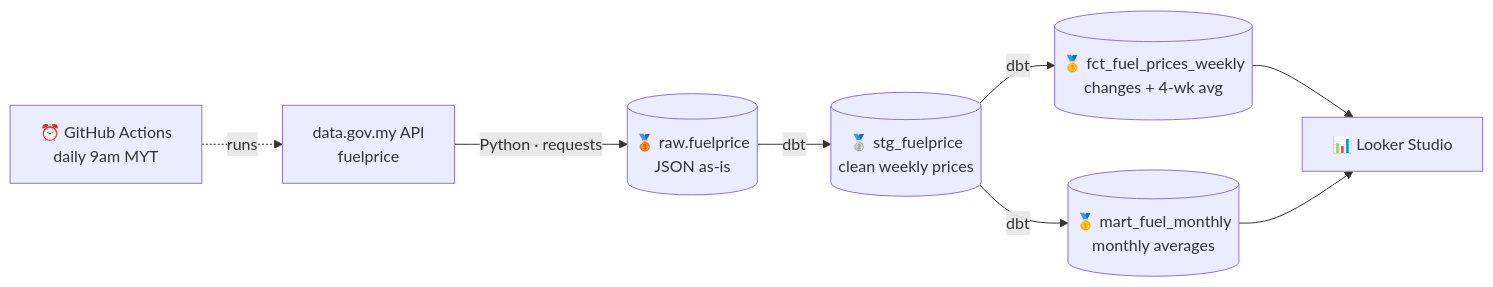
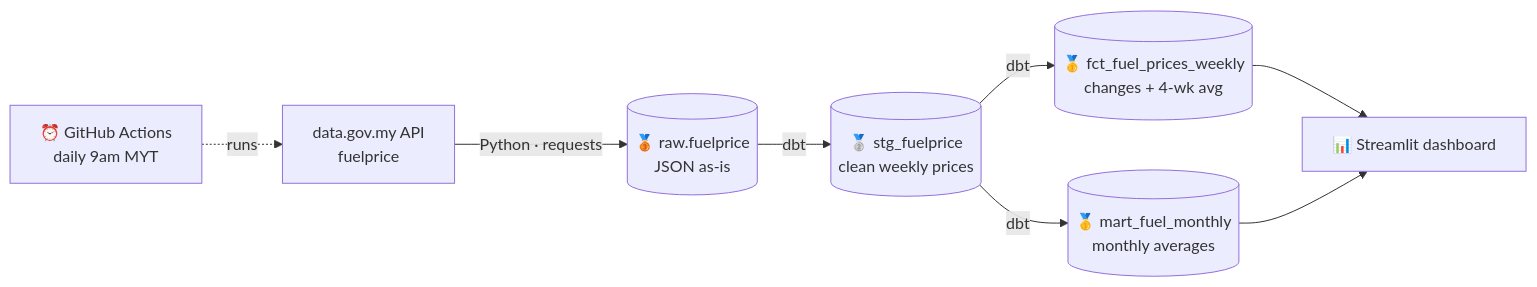
The diagram in README.md (bellaazharr/Malaysia-Open-Data-Pipeline), drawn with Mermaid before and after one commit. The commit also changed other lines of this file, not shown here.

````diff
--- a/README.md
+++ b/README.md
@@ -21,10 +23,10 @@
 ```mermaid
 flowchart LR
     A["data.gov.my API<br/>fuelprice"] -->|Python · requests| B[("🥉 raw.fuelprice<br/>JSON as-is")]
     B -->|dbt| C[("🥈 stg_fuelprice<br/>clean weekly prices")]
     C -->|dbt| D[("🥇 fct_fuel_prices_weekly<br/>changes + 4-wk avg")]
     C -->|dbt| E[("🥇 mart_fuel_monthly<br/>monthly averages")]
-    D --> F["📊 Looker Studio"]
+    D --> F["📊 Streamlit dashboard"]
     E --> F
     G["⏰ GitHub Actions<br/>daily 9am MYT"] -.runs.-> A
 ```
````
